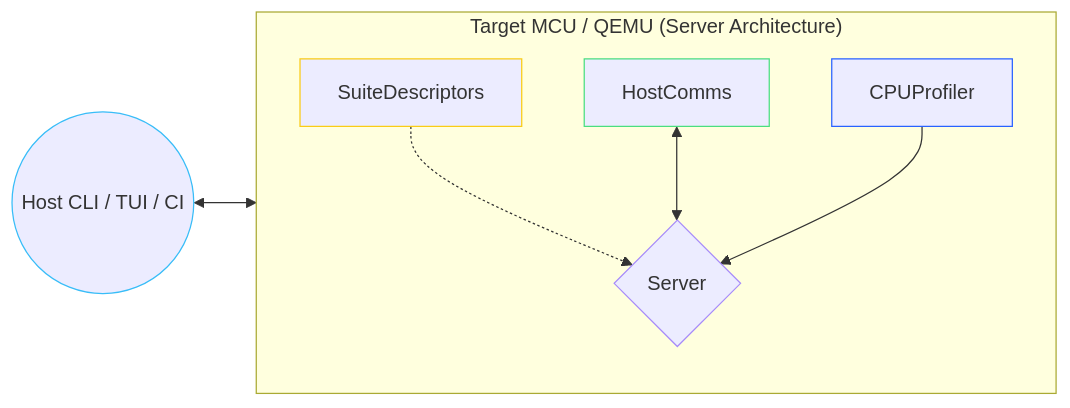
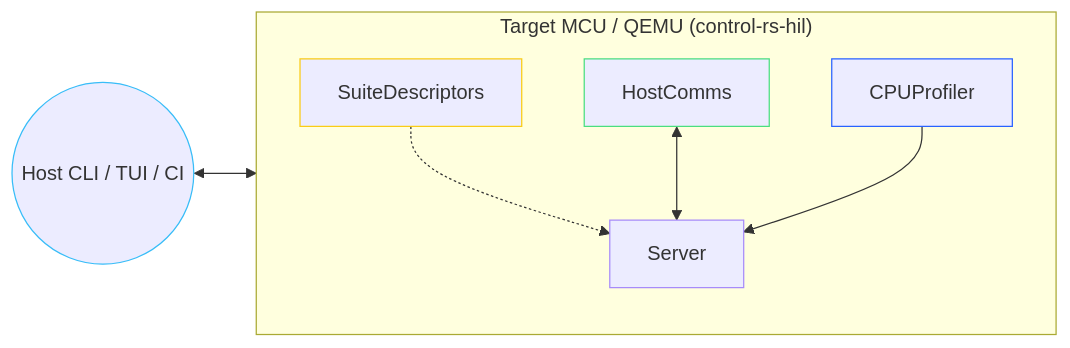
The diagram in control-rs-hil/README.md (Dyse-Industries/control-rs), drawn with Mermaid before and after one commit. The commit also changed other lines of this file and 56 other files, not shown here.

````diff
--- a/control-rs-hil/README.md
+++ b/control-rs-hil/README.md
@@ -17,29 +17,29 @@
 ```mermaid
 ---
 config:
   layout: fixed
 ---
 flowchart LR
- subgraph Target["Target MCU / QEMU (Server Architecture)"]
+ subgraph Target["Target MCU / QEMU (control-rs-hil)"]
     direction TB
         CommsRx["HostComms"]
-        Runner{"Server"}
+        Server["Server"]
         Tests["SuiteDescriptors"]
         CPUUtils["CPUProfiler"]
   end
-    Tests -. <br> .-> Runner
+    Tests -. <br> .-> Server
     Host(("Host CLI / TUI / CI")) <--> CommsRx
-    CommsRx <--> Runner
-    CPUUtils --> Runner
+    CommsRx <--> Server
+    CPUUtils --> Server
     
      CommsRx:::commsNode
-     Runner:::serverLoop
+     Server:::serverLoop
      Tests:::testNode
      Host:::hostNode
      CPUUtils:::cpuNode
     classDef hostNode stroke:#38bdf8
     classDef commsNode stroke:#4ade80
     classDef serverLoop stroke:#a78bfa
     classDef testNode stroke:#facc15
     classDef cpuNode stroke:#2962FF
 ```
````
